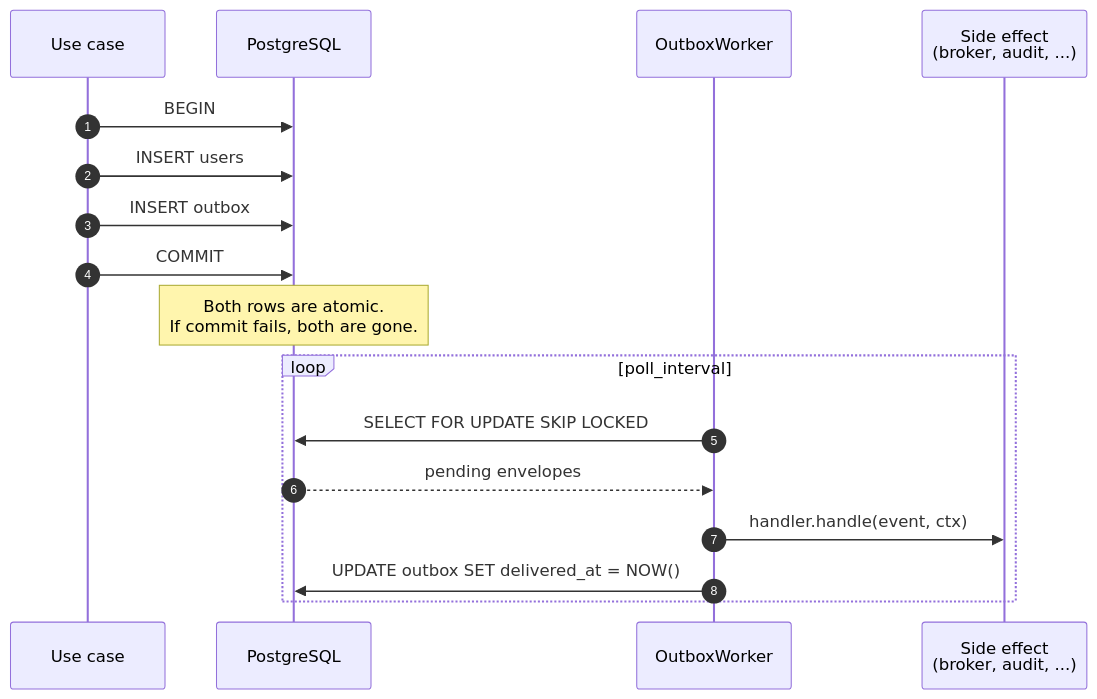
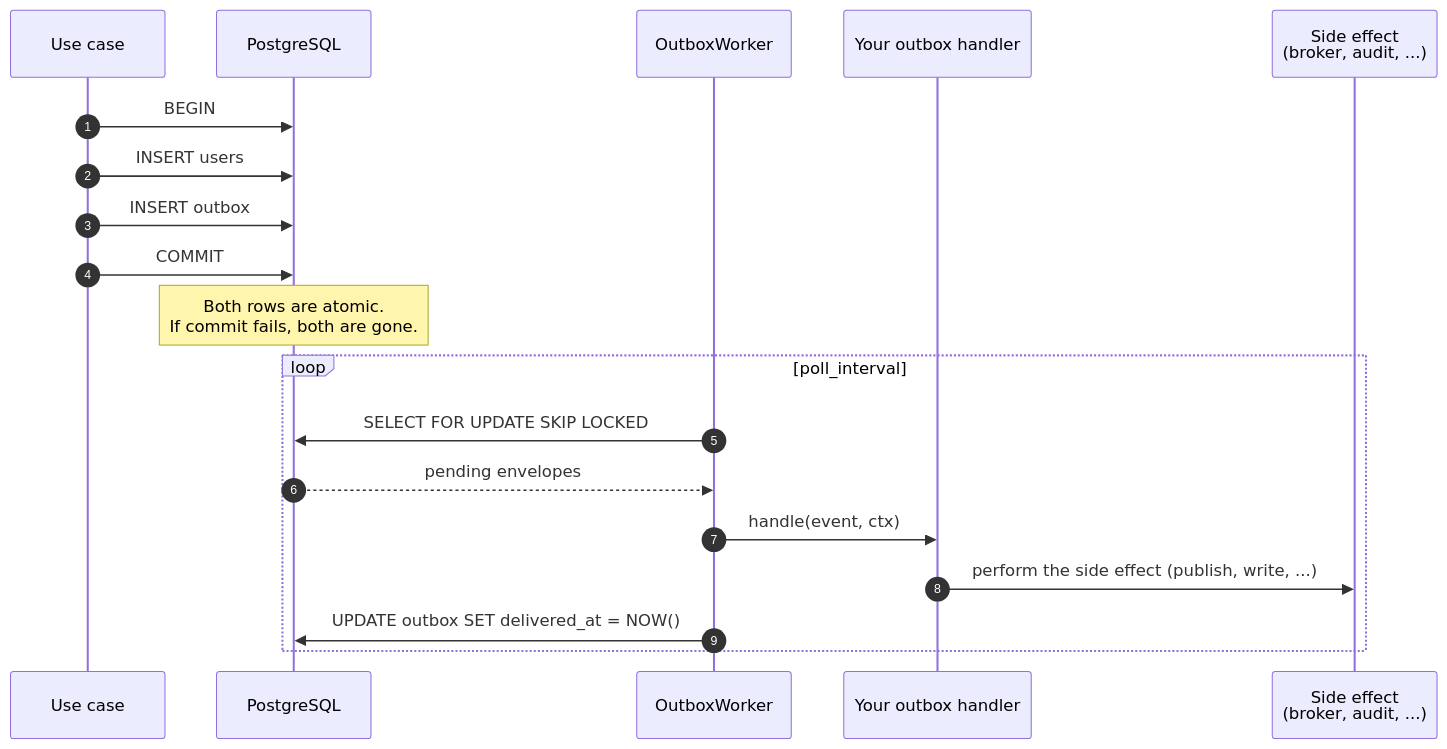
Before and after one commit to nubster-opensources/hexeract: the diagram in docs/concepts/outbox-pattern.md, drawn with Mermaid. The commit also changed other lines of this file and 16 other files, not shown here.

````diff
--- a/docs/concepts/outbox-pattern.md
+++ b/docs/concepts/outbox-pattern.md
@@ -20,21 +20,23 @@
 ```mermaid
 sequenceDiagram
     autonumber
     participant Caller as Use case
     participant DB as PostgreSQL
     participant Worker as OutboxWorker
+    participant Handler as Your outbox handler
     participant Broker as Side effect<br/>(broker, audit, ...)
 
     Caller->>DB: BEGIN
     Caller->>DB: INSERT users
     Caller->>DB: INSERT outbox
     Caller->>DB: COMMIT
     Note over DB: Both rows are atomic.<br/>If commit fails, both are gone.
 
     loop poll_interval
         Worker->>DB: SELECT FOR UPDATE SKIP LOCKED
         DB-->>Worker: pending envelopes
-        Worker->>Broker: handler.handle(event, ctx)
+        Worker->>Handler: handle(event, ctx)
+        Handler->>Broker: perform the side effect (publish, write, ...)
         Worker->>DB: UPDATE outbox SET delivered_at = NOW()
     end
 ```
````
